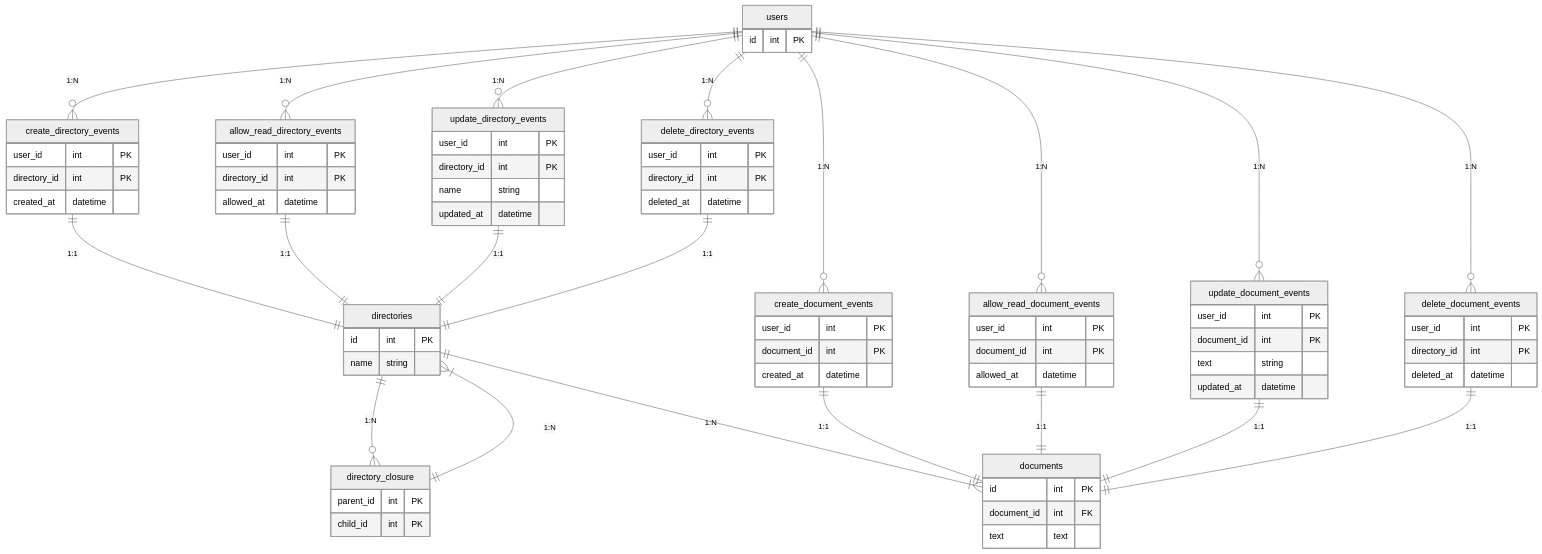
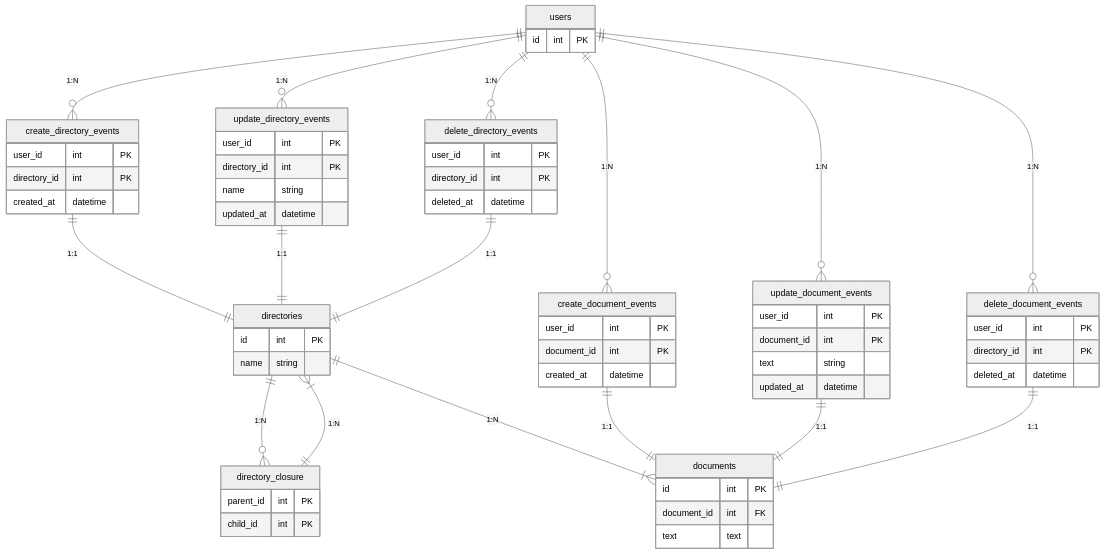
One commit to HitoroOhria/praha-challenge changed the first of 2 diagrams in db/db-modeling-3/README.md. Above: the diagram before and after it, drawn with Mermaid (neutral theme).

Commit message:
読み取り許可イベントテーブルを削除

```diff
--- a/db/db-modeling-3/README.md
+++ b/db/db-modeling-3/README.md
@@ -6,11 +6,9 @@
 erDiagram
 
 users ||--o{ create_directory_events : "1:N"
-users ||--o{ allow_read_directory_events : "1:N"
 users ||--o{ update_directory_events : "1:N"
 users ||--o{ delete_directory_events : "1:N"
 users ||--o{ create_document_events : "1:N"
-users ||--o{ allow_read_document_events : "1:N"
 users ||--o{ update_document_events : "1:N"
 users ||--o{ delete_document_events : "1:N"
 users {
@@ -22,13 +20,6 @@
   user_id int PK
   directory_id int PK
   created_at datetime
-}
-
-allow_read_directory_events ||--|| directories : "1:1"
-allow_read_directory_events {
-  user_id int PK
-  directory_id int PK
-  allowed_at datetime
 }
 
 update_directory_events ||--|| directories : "1:1"
@@ -66,13 +57,6 @@
   created_at datetime
 }
 
-allow_read_document_events ||--|| documents : "1:1"
-allow_read_document_events {
-  user_id int PK
-  document_id int PK
-  allowed_at datetime
-}
-
 update_document_events ||--|| documents : "1:1"
 update_document_events {
   user_id int PK
```
